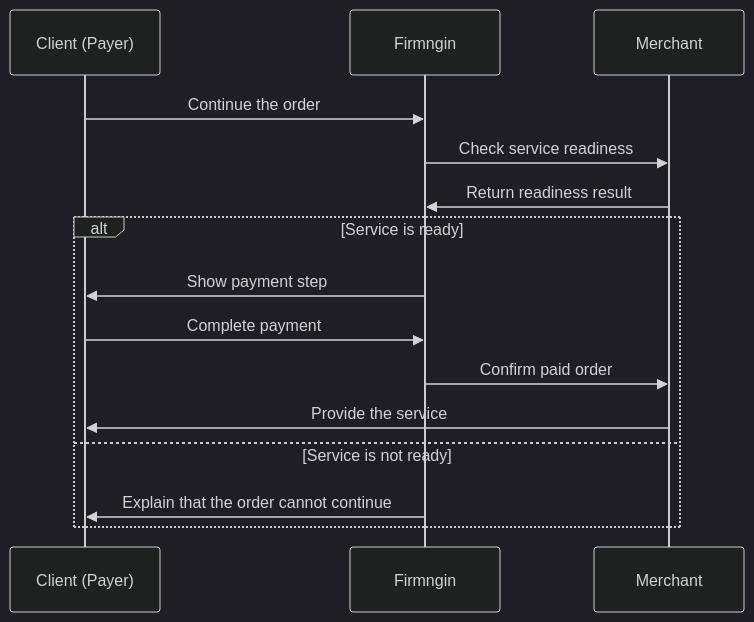
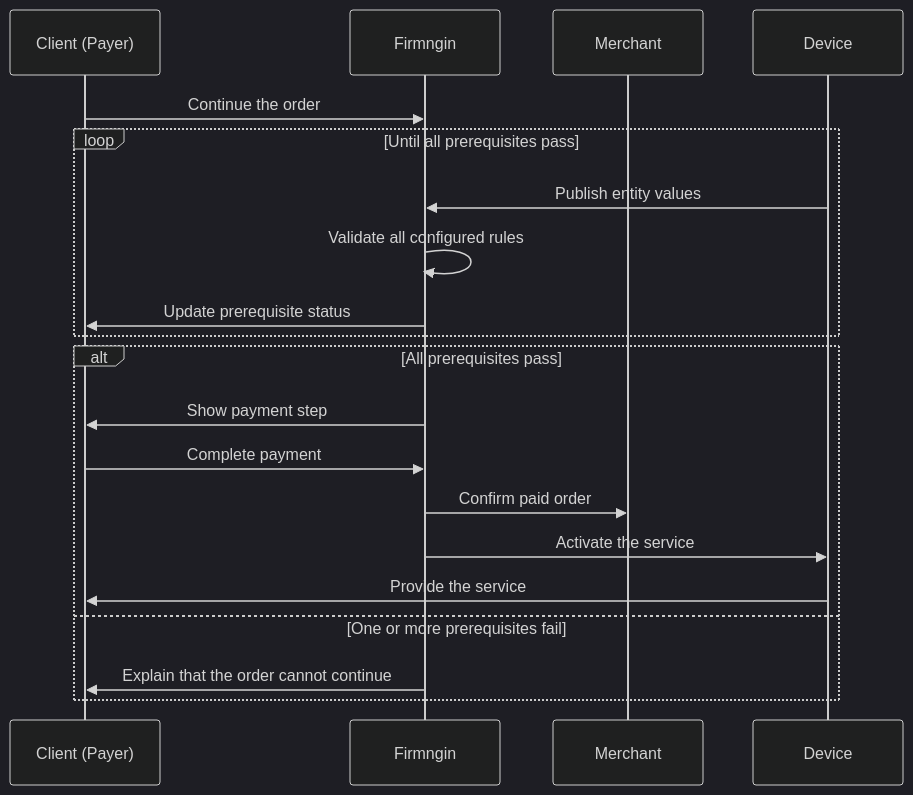
The second of 2 diagrams in monetization/merchant-setup.mdx (firmngin/docs), drawn with Mermaid (dark theme) before and after one commit. The commit also changed other lines of this file and 2 other files, not shown here.

````diff
--- a/monetization/merchant-setup.mdx
+++ b/monetization/merchant-setup.mdx
@@ -129,17 +127,22 @@
 ```mermaid actions={false}
 sequenceDiagram
     participant Client as Client (Payer)
     participant Firmngin
     participant Merchant
+    participant Device
     Client->>Firmngin: Continue the order
-    Firmngin->>Merchant: Check service readiness
-    Merchant->>Firmngin: Return readiness result
-    alt Service is ready
+    loop Until all prerequisites pass
+        Device->>Firmngin: Publish entity values
+        Firmngin->>Firmngin: Validate all configured rules
+        Firmngin->>Client: Update prerequisite status
+    end
+    alt All prerequisites pass
         Firmngin->>Client: Show payment step
         Client->>Firmngin: Complete payment
         Firmngin->>Merchant: Confirm paid order
-        Merchant->>Client: Provide the service
-    else Service is not ready
+        Firmngin->>Device: Activate the service
+        Device->>Client: Provide the service
+    else One or more prerequisites fail
         Firmngin->>Client: Explain that the order cannot continue
     end
 ```
````
